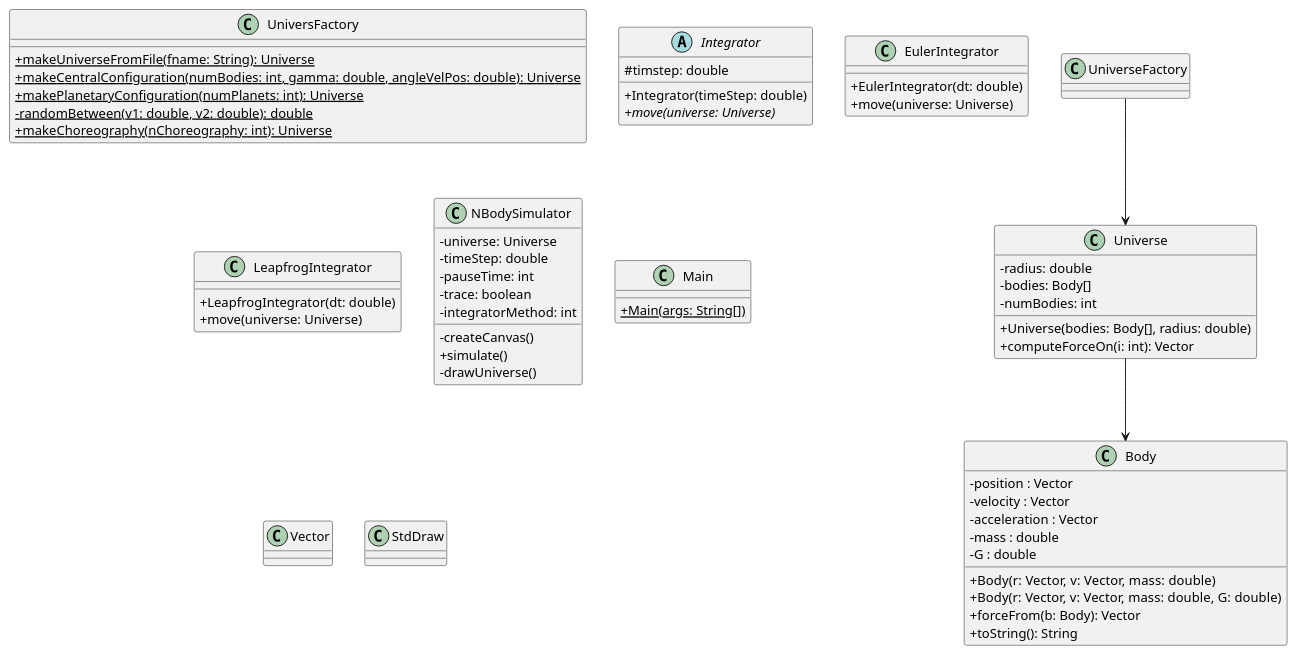
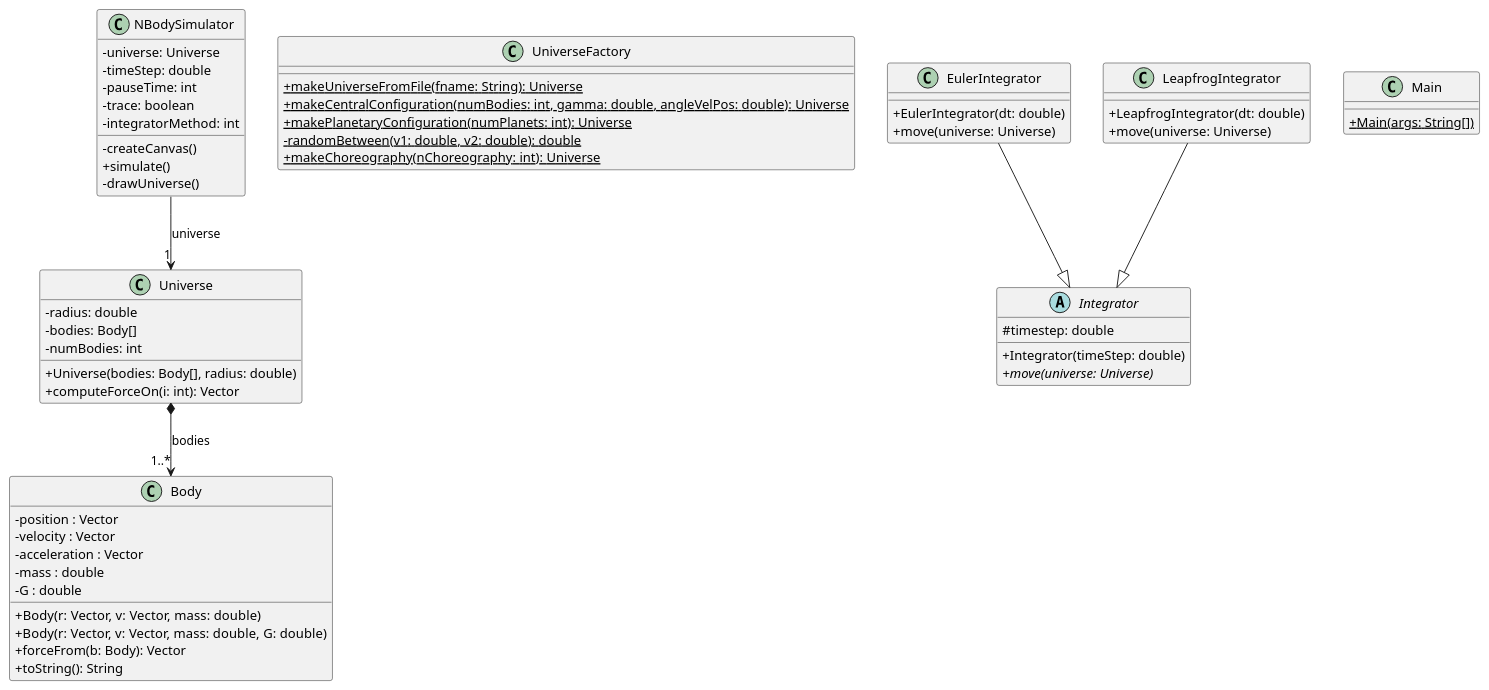
Before and after one commit to cantepoler/nbody2: the diagram in diagram/N-body.puml, drawn with PlantUML. The commit also changed 7 other files, not shown here.

```diff
--- a/diagram/N-body.puml
+++ b/diagram/N-body.puml
@@ -1,77 +1,76 @@
-@startuml "n-Body"
+@startuml
 skinparam classAttributeIconSize 0
-class Body 
+class Body
 {
     -position : Vector
     -velocity : Vector
     -acceleration : Vector
     -mass : double
     -G : double
-    
+
     +Body(r: Vector, v: Vector, mass: double)
     +Body(r: Vector, v: Vector, mass: double, G: double)
     +forceFrom(b: Body): Vector
     +toString(): String
 }
 
-class Universe 
+class Universe
 {
     -radius: double
     -bodies: Body[]
     -numBodies: int
-    
+
     +Universe(bodies: Body[], radius: double)
     +computeForceOn(i: int): Vector
 }
 
-class UniversFactory 
+class UniverseFactory
 {
     +{static}makeUniverseFromFile(fname: String): Universe
     +{static}makeCentralConfiguration(numBodies: int, gamma: double, angleVelPos: double): Universe
     +{static}makePlanetaryConfiguration(numPlanets: int): Universe
     -{static}randomBetween(v1: double, v2: double): double
     +{static}makeChoreography(nChoreography: int): Universe
 }
-abstract Integrator 
+abstract Integrator
 {
-    #timstep: double
-    
+    #timestep: double
+
     +Integrator(timeStep: double)
     +{abstract}move(universe: Universe)
 }
-class EulerIntegrator 
+class EulerIntegrator
 {
     +EulerIntegrator(dt: double)
     +move(universe: Universe)
 }
 class LeapfrogIntegrator
 {
     +LeapfrogIntegrator(dt: double)
     +move(universe: Universe)
 }
 
 class NBodySimulator
 {
     -universe: Universe
     -timeStep: double
     -pauseTime: int
     -trace: boolean
     -integratorMethod: int
-    
+
     -createCanvas()
     +simulate()
     -drawUniverse()
-    
+
 }
 class Main
 {
     +{static}Main(args: String[])
 }
 
-class Vector {}
 
-class StdDraw {}
-
-Universe --> Body
-UniverseFactory --> Universe
+Universe *-->"1..*" Body : bodies
+NBodySimulator -down->"1" Universe : universe
+EulerIntegrator --|> Integrator
+LeapfrogIntegrator --|> Integrator
 @enduml
```
